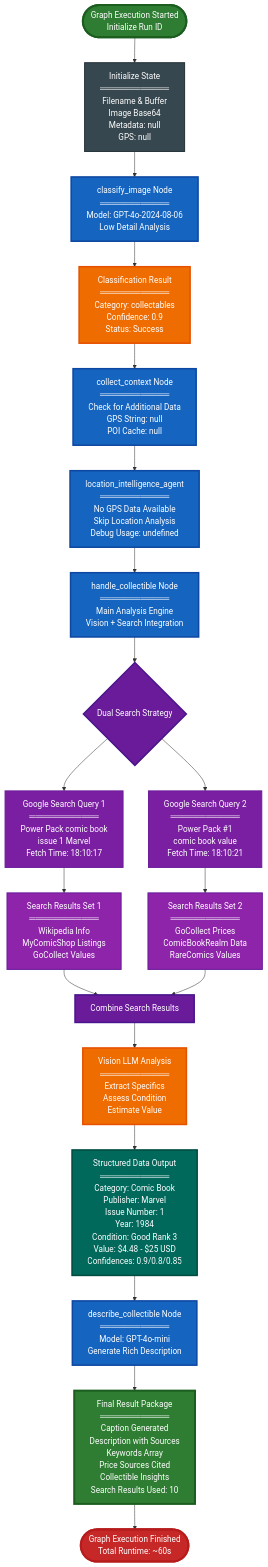
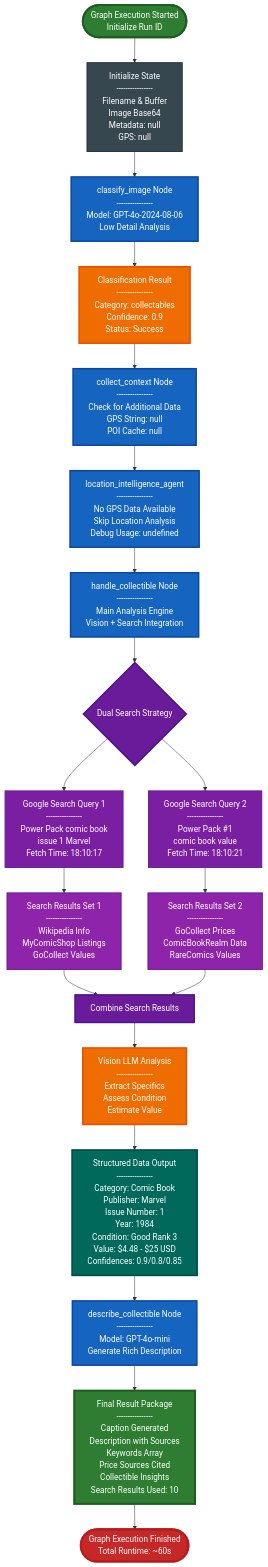
The diagram in docs/pipeline-graphs/collectibles-flowchart.md (Inouye165/React-Photo-App), drawn with Mermaid before and after one commit.

Commit message:
Fix mermaid syntax for GitHub rendering

````diff
--- a/docs/pipeline-graphs/collectibles-flowchart.md
+++ b/docs/pipeline-graphs/collectibles-flowchart.md
@@ -4,56 +4,56 @@
 ```mermaid
 graph TD
-    Start([Graph Execution Started<br/>Initialize Run ID]) --> Init[Initialize State<br/>════════════<br/>Filename & Buffer<br/>Image Base64<br/>Metadata: null<br/>GPS: null]
+    Start(["Graph Execution Started<br/>Initialize Run ID"]) --> Init["Initialize State<br/>----------------<br/>Filename & Buffer<br/>Image Base64<br/>Metadata: null<br/>GPS: null"]
     
-    Init --> ClassifyNode[classify_image Node<br/>════════════<br/>Model: GPT-4o-2024-08-06<br/>Low Detail Analysis]
+    Init --> ClassifyNode["classify_image Node<br/>----------------<br/>Model: GPT-4o-2024-08-06<br/>Low Detail Analysis"]
     
-    ClassifyNode --> ClassifyResult[Classification Result<br/>════════════<br/>Category: collectables<br/>Confidence: 0.9<br/>Status: Success]
+    ClassifyNode --> ClassifyResult["Classification Result<br/>----------------<br/>Category: collectables<br/>Confidence: 0.9<br/>Status: Success"]
     
-    ClassifyResult --> ContextNode[collect_context Node<br/>════════════<br/>Check for Additional Data<br/>GPS String: null<br/>POI Cache: null]
+    ClassifyResult --> ContextNode["collect_context Node<br/>----------------<br/>Check for Additional Data<br/>GPS String: null<br/>POI Cache: null"]
     
-    ContextNode --> LocationNode[location_intelligence_agent<br/>════════════<br/>No GPS Data Available<br/>Skip Location Analysis<br/>Debug Usage: undefined]
+    ContextNode --> LocationNode["location_intelligence_agent<br/>----------------<br/>No GPS Data Available<br/>Skip Location Analysis<br/>Debug Usage: undefined"]
     
-    LocationNode --> HandleNode[handle_collectible Node<br/>════════════<br/>Main Analysis Engine<br/>Vision + Search Integration]
+    LocationNode --> HandleNode["handle_collectible Node<br/>----------------<br/>Main Analysis Engine<br/>Vision + Search Integration"]
     
-    HandleNode --> SearchPhase{Dual Search Strategy}
+    HandleNode --> SearchPhase{"Dual Search Strategy"}
     
-    SearchPhase --> SearchA[Google Search Query 1<br/>════════════<br/>Power Pack comic book<br/>issue 1 Marvel<br/>Fetch Time: 18:10:17]
+    SearchPhase --> SearchA["Google Search Query 1<br/>----------------<br/>Power Pack comic book<br/>issue 1 Marvel<br/>Fetch Time: 18:10:17"]
     
-    SearchPhase --> SearchB[Google Search Query 2<br/>════════════<br/>Power Pack #1<br/>comic book value<br/>Fetch Time: 18:10:21]
+    SearchPhase --> SearchB["Google Search Query 2<br/>----------------<br/>Power Pack #1<br/>comic book value<br/>Fetch Time: 18:10:21"]
     
-    SearchA --> Results1[Search Results Set 1<br/>════════════<br/>Wikipedia Info<br/>MyComicShop Listings<br/>GoCollect Values]
+    SearchA --> Results1["Search Results Set 1<br/>----------------<br/>Wikipedia Info<br/>MyComicShop Listings<br/>GoCollect Values"]
     
-    SearchB --> Results2[Search Results Set 2<br/>════════════<br/>GoCollect Prices<br/>ComicBookRealm Data<br/>RareComics Values]
+    SearchB --> Results2["Search Results Set 2<br/>----------------<br/>GoCollect Prices<br/>ComicBookRealm Data<br/>RareComics Values"]
     
-    Results1 --> Merge[Combine Search Results]
+    Results1 --> Merge["Combine Search Results"]
     Results2 --> Merge
     
-    Merge --> Analysis[Vision LLM Analysis<br/>════════════<br/>Extract Specifics<br/>Assess Condition<br/>Estimate Value]
+    Merge --> Analysis["Vision LLM Analysis<br/>----------------<br/>Extract Specifics<br/>Assess Condition<br/>Estimate Value"]
     
-    Analysis --> AnalysisData[Structured Data Output<br/>════════════<br/>Category: Comic Book<br/>Publisher: Marvel<br/>Issue Number: 1<br/>Year: 1984<br/>Condition: Good Rank 3<br/>Value: $4.48 - $25 USD<br/>Confidences: 0.9/0.8/0.85]
+    Analysis --> AnalysisData["Structured Data Output<br/>----------------<br/>Category: Comic Book<br/>Publisher: Marvel<br/>Issue Number: 1<br/>Year: 1984<br/>Condition: Good Rank 3<br/>Value: $4.48 - $25 USD<br/>Confidences: 0.9/0.8/0.85"]
     
-    AnalysisData --> DescribeNode[describe_collectible Node<br/>════════════<br/>Model: GPT-4o-mini<br/>Generate Rich Description]
+    AnalysisData --> DescribeNode["describe_collectible Node<br/>----------------<br/>Model: GPT-4o-mini<br/>Generate Rich Description"]
     
-    DescribeNode --> FinalOutput[Final Result Package<br/>════════════<br/>Caption Generated<br/>Description with Sources<br/>Keywords Array<br/>Price Sources Cited<br/>Collectible Insights<br/>Search Results Used: 10]
+    DescribeNode --> FinalOutput["Final Result Package<br/>----------------<br/>Caption Generated<br/>Description with Sources<br/>Keywords Array<br/>Price Sources Cited<br/>Collectible Insights<br/>Search Results Used: 10"]
     
-    FinalOutput --> End([Graph Execution Finished<br/>Total Runtime: ~60s])
+    FinalOutput --> End(["Graph Execution Finished<br/>Total Runtime: ~60s"])
     
     style Start fill:#2e7d32,stroke:#1b5e20,stroke-width:4px,color:#fff
     style End fill:#c62828,stroke:#b71c1c,stroke-width:4px,color:#fff
     style ClassifyNode fill:#1565c0,stroke:#0d47a1,stroke-width:3px,color:#fff
     style ContextNode fill:#1565c0,stroke:#0d47a1,stroke-width:3px,color:#fff
     style LocationNode fill:#1565c0,stroke:#0d47a1,stroke-width:3px,color:#fff
     style HandleNode fill:#1565c0,stroke:#0d47a1,stroke-width:3px,color:#fff
     style DescribeNode fill:#1565c0,stroke:#0d47a1,stroke-width:3px,color:#fff
     style ClassifyResult fill:#ef6c00,stroke:#e65100,stroke-width:3px,color:#fff
     style Analysis fill:#ef6c00,stroke:#e65100,stroke-width:3px,color:#fff
     style SearchPhase fill:#6a1b9a,stroke:#4a148c,stroke-width:3px,color:#fff
     style SearchA fill:#7b1fa2,stroke:#6a1b9a,stroke-width:2px,color:#fff
     style SearchB fill:#7b1fa2,stroke:#6a1b9a,stroke-width:2px,color:#fff
     style Results1 fill:#8e24aa,stroke:#6a1b9a,stroke-width:2px,color:#fff
     style Results2 fill:#8e24aa,stroke:#6a1b9a,stroke-width:2px,color:#fff
     style Merge fill:#6a1b9a,stroke:#4a148c,stroke-width:3px,color:#fff
     style AnalysisData fill:#00695c,stroke:#004d40,stroke-width:3px,color:#fff
     style FinalOutput fill:#2e7d32,stroke:#1b5e20,stroke-width:4px,color:#fff
     style Init fill:#37474f,stroke:#263238,stroke-width:2px,color:#fff
 ```
````
